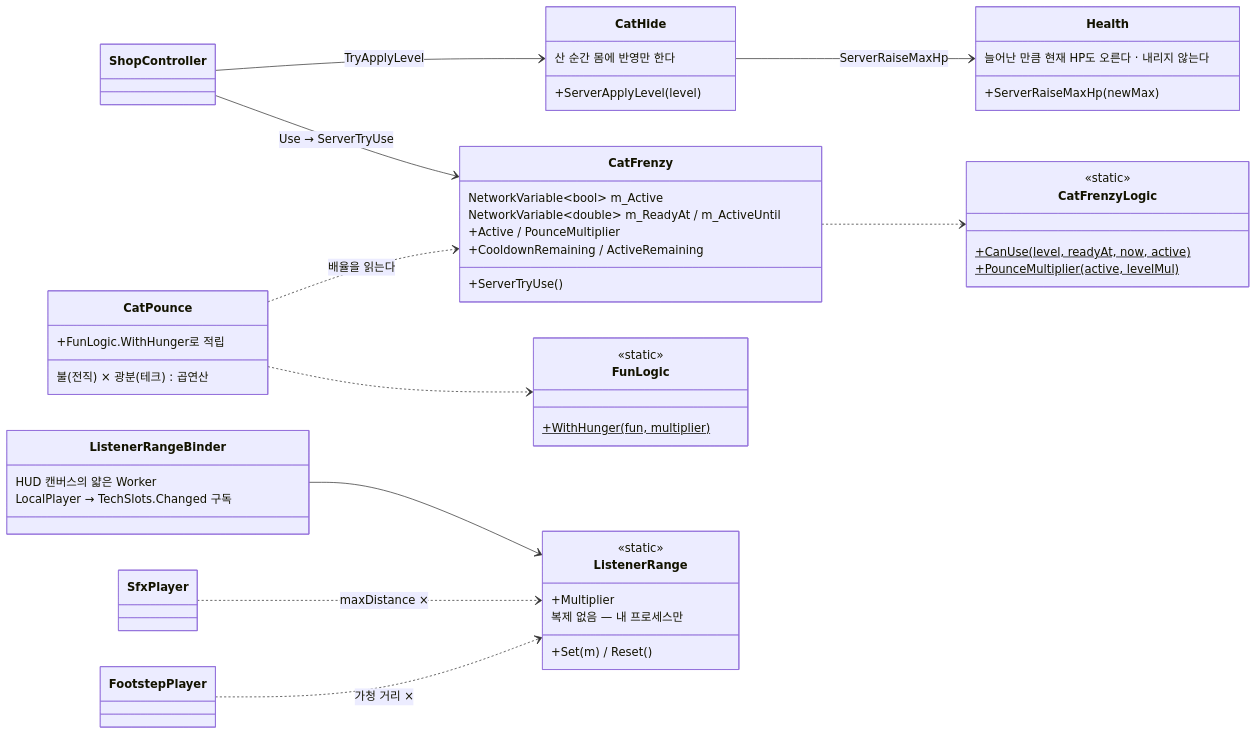
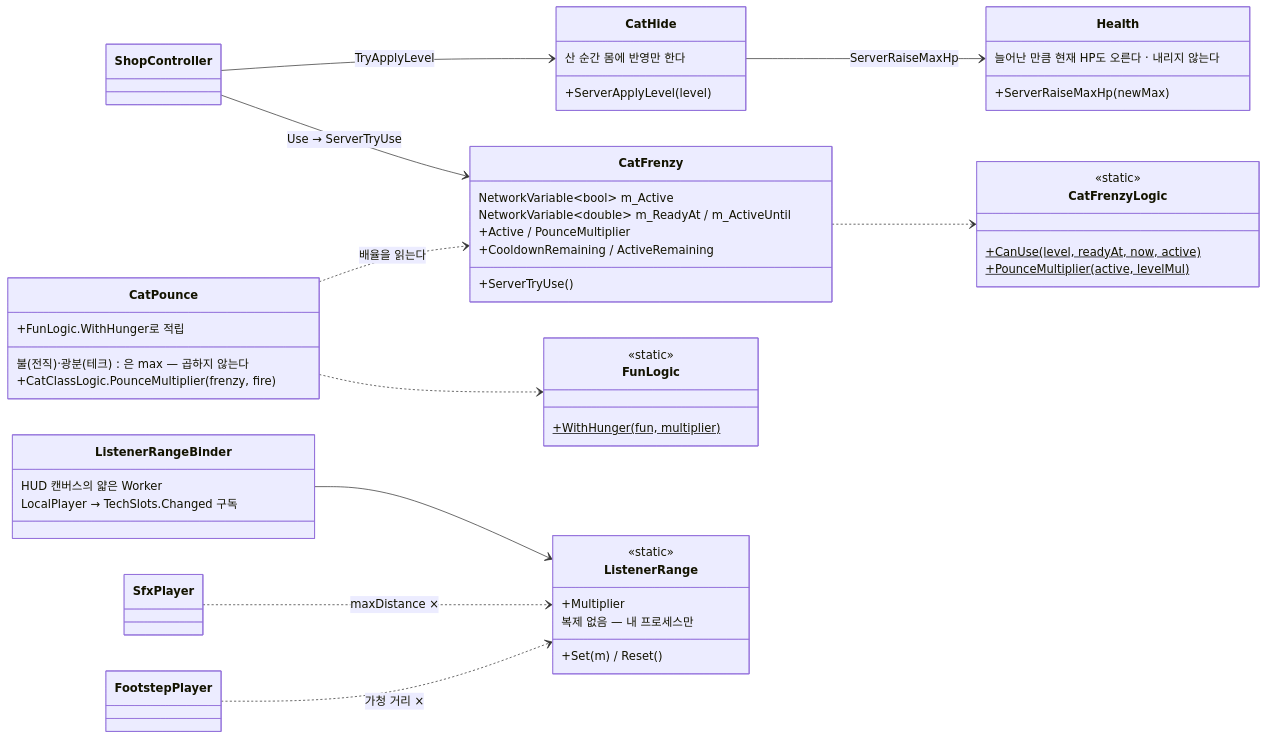
One commit to JeahanPark/The-Cheese-Thief-and-the-Cat changed diagram 29 of 39 in CTC/docs/design-vault/코드 다이어그램.md. Above: the diagram before and after it, drawn with Mermaid. The commit also changed other lines of this file and 16 other files, not shown here.

````diff
--- a/CTC/docs/design-vault/코드 다이어그램.md
+++ b/CTC/docs/design-vault/코드 다이어그램.md
@@ -1685,54 +1688,55 @@
 ```mermaid
 classDiagram
     direction LR
     class CatHide {
         +ServerApplyLevel(level)
         산 순간 몸에 반영만 한다
     }
     class Health {
         +ServerRaiseMaxHp(newMax)
         늘어난 만큼 현재 HP도 오른다 · 내리지 않는다
     }
     class CatFrenzy {
         NetworkVariable~bool~ m_Active
         NetworkVariable~double~ m_ReadyAt / m_ActiveUntil
         +ServerTryUse()
         +Active / PounceMultiplier
         +CooldownRemaining / ActiveRemaining
     }
     class CatFrenzyLogic {
         <<static>>
         +CanUse(level, readyAt, now, active)$
         +PounceMultiplier(active, levelMul)$
     }
     class FunLogic {
         <<static>>
         +WithHunger(fun, multiplier)$
     }
     class ListenerRange {
         <<static>>
         +Multiplier
         +Set(m) / Reset()
         복제 없음 — 내 프로세스만
     }
     class ListenerRangeBinder {
         HUD 캔버스의 얇은 Worker
         LocalPlayer → TechSlots.Changed 구독
     }
     class CatPounce {
-        불(전직) × 광분(테크) 곱연산
+        불(전직)·광분(테크)은 max — 곱하지 않는다
+        +CatClassLogic.PounceMultiplier(frenzy, fire)
         +FunLogic.WithHunger로 적립
     }
     class SfxPlayer
     class FootstepPlayer
 
     ShopController --> CatHide : TryApplyLevel
     CatHide --> Health : ServerRaiseMaxHp
     ShopController --> CatFrenzy : Use → ServerTryUse
     CatFrenzy ..> CatFrenzyLogic
     CatPounce ..> CatFrenzy : 배율을 읽는다
     CatPounce ..> FunLogic
     ListenerRangeBinder --> ListenerRange
     SfxPlayer ..> ListenerRange : maxDistance ×
     FootstepPlayer ..> ListenerRange : 가청 거리 ×
 ```
````
